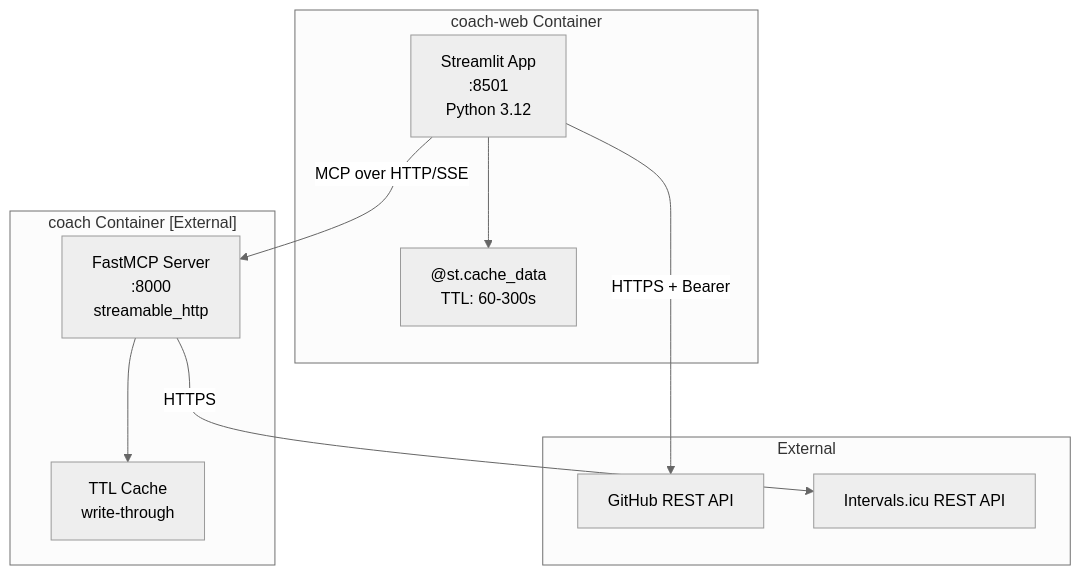
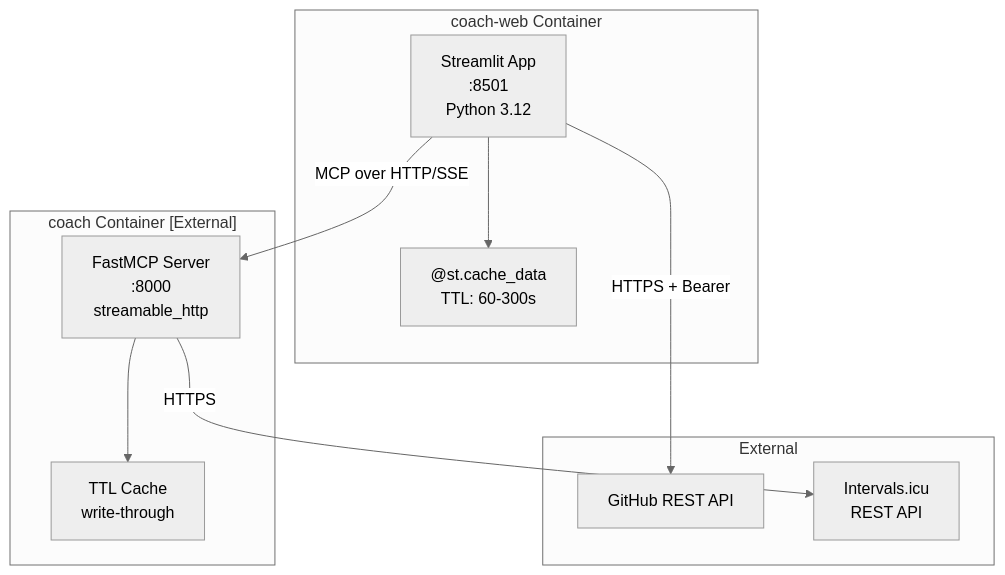
Before and after one commit to fpittelo/coach-web: the sixth of 8 diagrams in docs/architecture.md, drawn with Mermaid (neutral theme). The commit also changed other lines of this file, not shown here.

````diff
--- a/docs/architecture.md
+++ b/docs/architecture.md
@@ -113,23 +113,23 @@
 ```mermaid
 graph TD
     subgraph "coach-web Container"
         APP["Streamlit App<br/>:8501<br/>Python 3.12"]
         CACHE["@st.cache_data<br/>TTL: 60-300s"]
     end
 
     subgraph "coach Container [External]"
         MCP["FastMCP Server<br/>:8000<br/>streamable_http"]
         MCP_CACHE["TTL Cache<br/>write-through"]
     end
 
     subgraph "External"
         GITHUB["GitHub REST API"]
-        INTERVALS["Intervals.icu REST API"]
+        INTERVALS["Intervals.icu<br/>REST API"]
     end
 
     APP --> CACHE
     APP -->|"MCP over HTTP/SSE"| MCP
     MCP --> MCP_CACHE
     MCP -->|"HTTPS"| INTERVALS
     APP -->|"HTTPS + Bearer"| GITHUB
 ```
````
